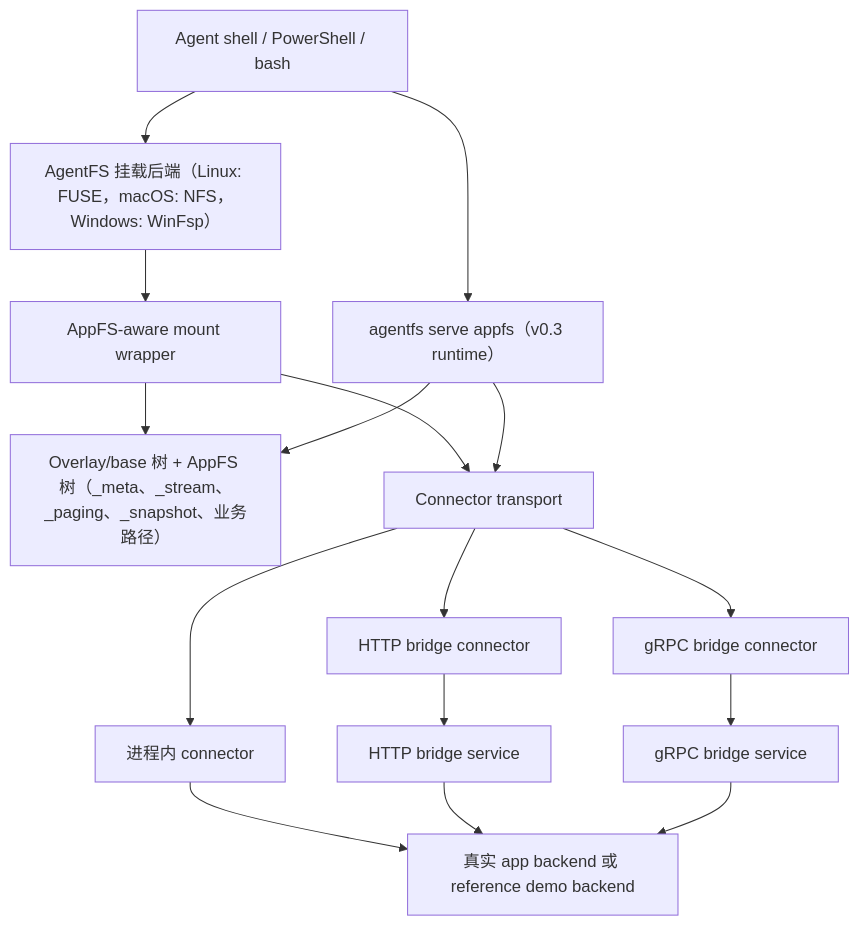
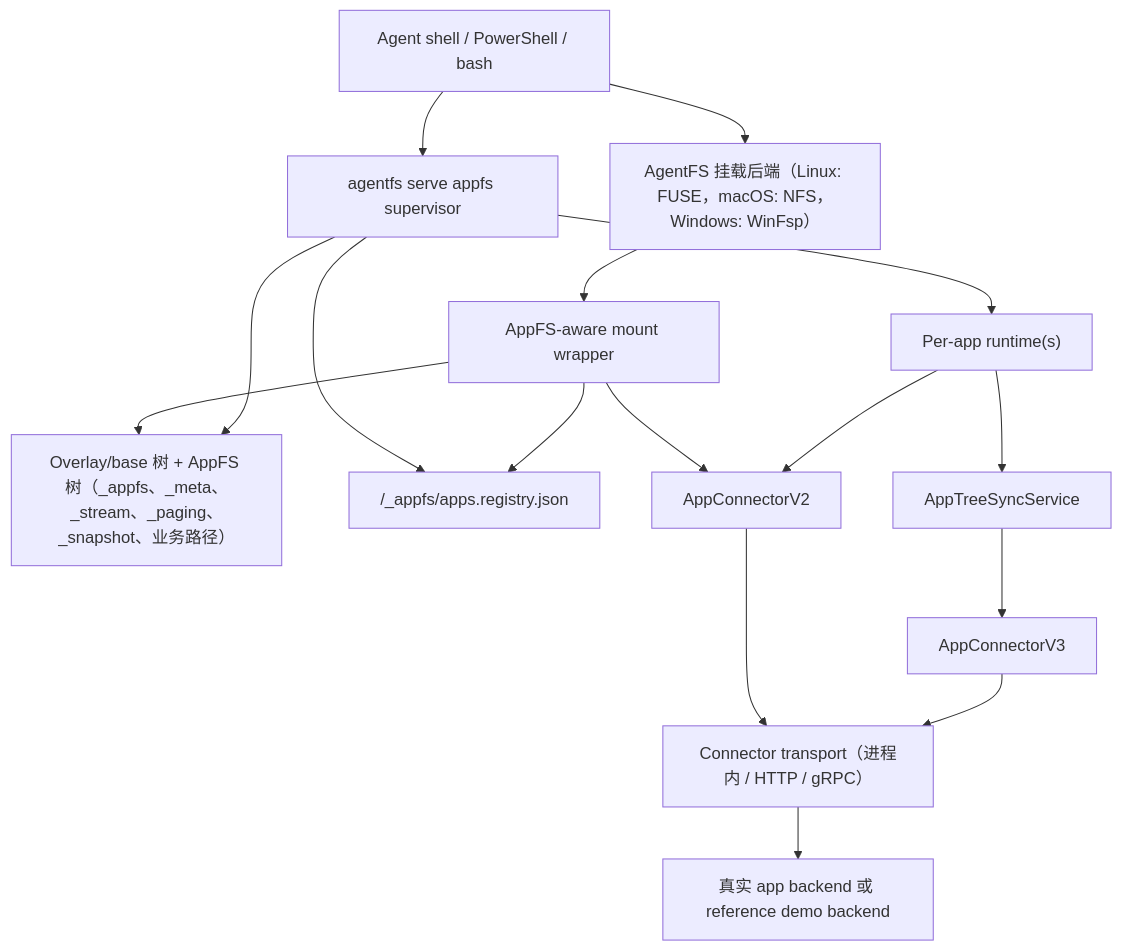
The diagram in README.zh-CN.md (esp3j0/appfs-platform), drawn with Mermaid before and after one commit. The commit also changed other lines of this file and 43 other files, not shown here.

First line of the commit message:
appfs: add managed lifecycle, structure sync, and docs (#110)

````diff
--- a/README.zh-CN.md
+++ b/README.zh-CN.md
@@ -232,21 +318,21 @@
 ```mermaid
 flowchart TD
     A["Agent shell / PowerShell / bash"] --> B["AgentFS 挂载后端（Linux: FUSE，macOS: NFS，Windows: WinFsp）"]
     B --> C["AppFS-aware mount wrapper"]
-    C --> D["Overlay/base 树 + AppFS 树（_meta、_stream、_paging、_snapshot、业务路径）"]
-    A --> E["agentfs serve appfs（v0.3 runtime）"]
+    C --> D["Overlay/base 树 + AppFS 树（_appfs、_meta、_stream、_paging、_snapshot、业务路径）"]
+    A --> E["agentfs serve appfs supervisor"]
     E --> D
+    E --> F["/_appfs/apps.registry.json"]
+    C --> F
 
-    C --> F["Connector transport"]
-    E --> F
+    E --> G["Per-app runtime(s)"]
+    G --> H["AppTreeSyncService"]
 
-    F --> G["进程内 connector"]
-    F --> H["HTTP bridge connector"]
-    F --> I["gRPC bridge connector"]
+    C --> I["AppConnectorV2"]
+    G --> I
+    H --> J["AppConnectorV3"]
 
-    H --> J["HTTP bridge service"]
-    I --> K["gRPC bridge service"]
-    G --> L["真实 app backend 或 reference demo backend"]
-    J --> L
-    K --> L
+    I --> K["Connector transport（进程内 / HTTP / gRPC）"]
+    J --> K
+    K --> L["真实 app backend 或 reference demo backend"]
 ```
````
